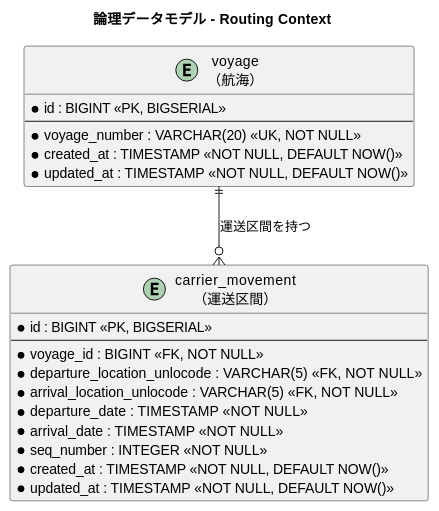
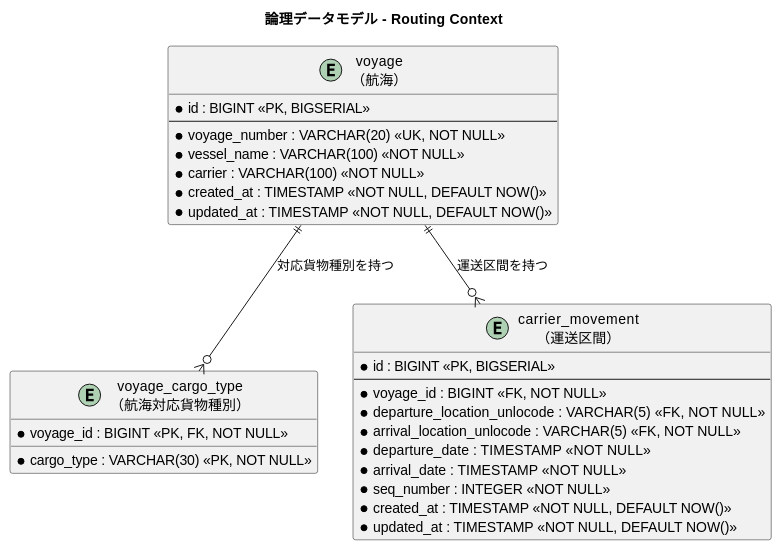
Before and after one commit to k2works/case-study-cargo-tracker: the fourth of 9 diagrams in docs/design/data-model.md, drawn with PlantUML. The commit also changed 1 other file, not shown here.

Commit message:
docs: IT3 設計整合性検証（validating-design）の指摘を反映
- data-model.md: IT2 の反映漏れを補完（論理データモデル ER 図に voyage の
  vessel_name/carrier カラムと voyage_cargo_type 子テーブル・リレーションを追加）
- iteration_plan-3: RouteCandidateCalculator の domain-model 要素表追加注記、
  経路設計画面が navbar 非対象である旨、selected_route の命名規約対応を明記

````diff
--- a/docs/design/data-model.md
+++ b/docs/design/data-model.md
@@ -409,29 +409,37 @@
 ```plantuml
 @startuml
 title 論理データモデル - Routing Context
 
 entity "voyage\n（航海）" as voyage {
   * id : BIGINT <<PK, BIGSERIAL>>
   --
   * voyage_number : VARCHAR(20) <<UK, NOT NULL>>
+  * vessel_name : VARCHAR(100) <<NOT NULL>>
+  * carrier : VARCHAR(100) <<NOT NULL>>
   * created_at : TIMESTAMP <<NOT NULL, DEFAULT NOW()>>
   * updated_at : TIMESTAMP <<NOT NULL, DEFAULT NOW()>>
+}
+
+entity "voyage_cargo_type\n（航海対応貨物種別）" as voyage_cargo_type {
+  * voyage_id : BIGINT <<PK, FK, NOT NULL>>
+  * cargo_type : VARCHAR(30) <<PK, NOT NULL>>
 }
 
 entity "carrier_movement\n（運送区間）" as carrier_movement {
   * id : BIGINT <<PK, BIGSERIAL>>
   --
   * voyage_id : BIGINT <<FK, NOT NULL>>
   * departure_location_unlocode : VARCHAR(5) <<FK, NOT NULL>>
   * arrival_location_unlocode : VARCHAR(5) <<FK, NOT NULL>>
   * departure_date : TIMESTAMP <<NOT NULL>>
   * arrival_date : TIMESTAMP <<NOT NULL>>
   * seq_number : INTEGER <<NOT NULL>>
   * created_at : TIMESTAMP <<NOT NULL, DEFAULT NOW()>>
   * updated_at : TIMESTAMP <<NOT NULL, DEFAULT NOW()>>
 }
 
 voyage ||--o{ carrier_movement : "運送区間を持つ"
+voyage ||--o{ voyage_cargo_type : "対応貨物種別を持つ"
 
 @enduml
 ```
````
